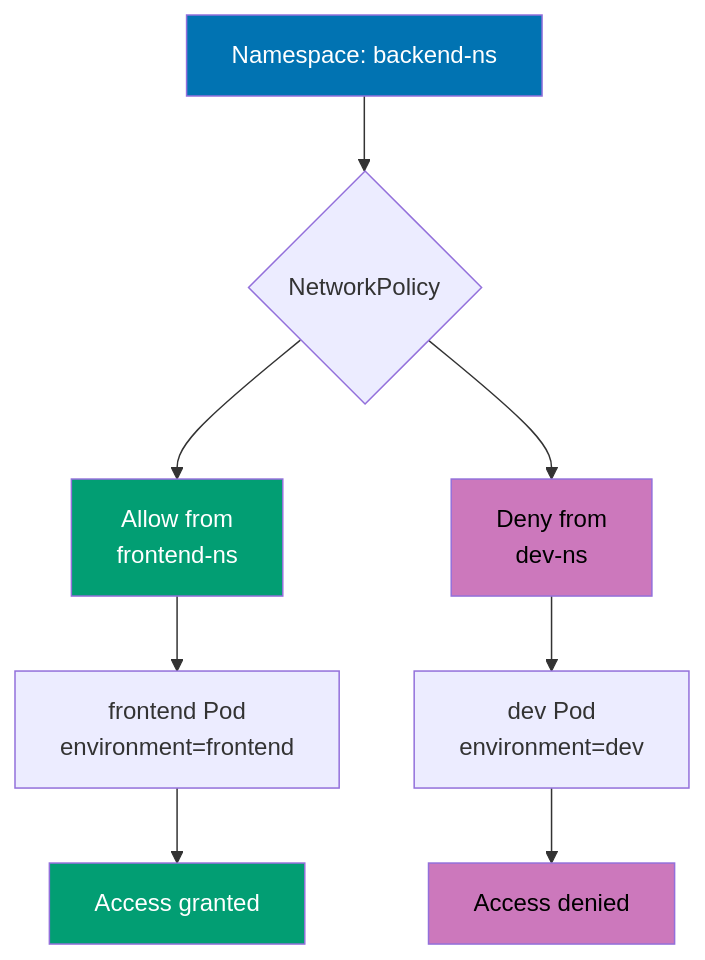
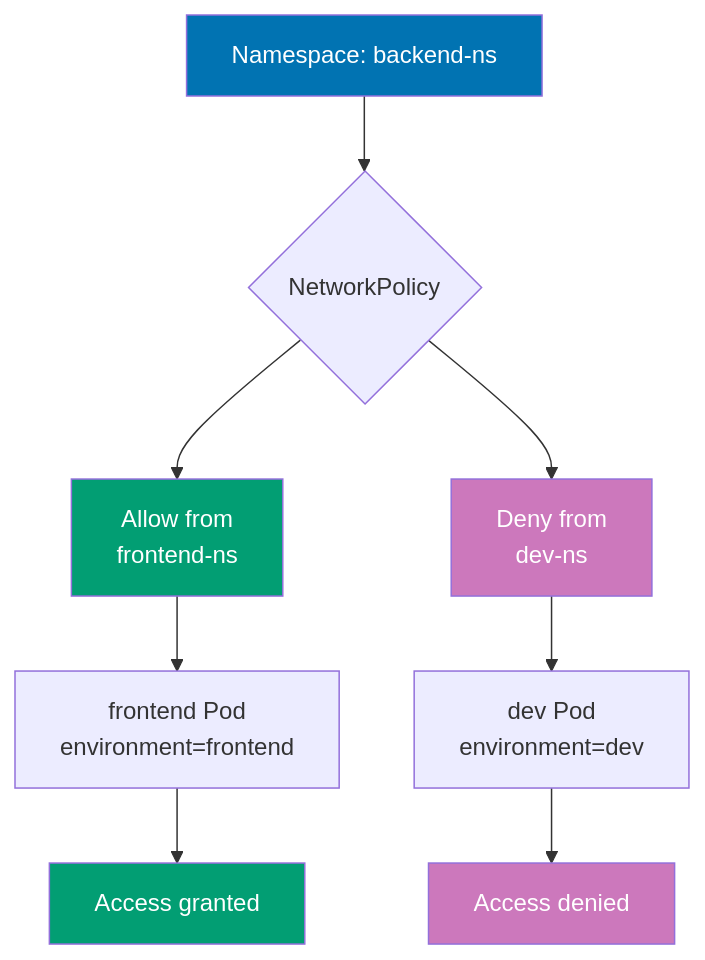
The fourth of 14 diagrams in apps/ayokoding-web/content/en/learn/software-engineering/infrastructure/tools/kubernetes/by-example/advanced.md (wahidyankf/open-sharia-enterprise), drawn with Mermaid before and after one commit. The commit also changed other lines of this file and 61 other files, not shown here.

First line of the commit message:
fix(ayokoding-web): quote Mermaid node labels with special characters in Example 63

````diff
--- a/apps/ayokoding-web/content/en/learn/software-engineering/infrastructure/tools/kubernetes/by-example/advanced.md
+++ b/apps/ayokoding-web/content/en/learn/software-engineering/infrastructure/tools/kubernetes/by-example/advanced.md
@@ -1280,17 +1280,17 @@
 ```mermaid
 %% Namespace isolation
 graph TD
     A[Namespace: backend-ns] --> B{NetworkPolicy}
     B --> C[Allow from<br/>frontend-ns]
     B --> D[Deny from<br/>dev-ns]
     C --> E[frontend Pod<br/>environment=frontend]
     D --> F[dev Pod<br/>environment=dev]
     E --> G[Access granted]
     F --> H[Access denied]
 
     style A fill:#0173B2,color:#fff
     style C fill:#029E73,color:#fff
-    style D fill:#CC78BC,color:#000
+    style D fill:#CC78BC,color:#fff
     style G fill:#029E73,color:#fff
-    style H fill:#CC78BC,color:#000
+    style H fill:#CC78BC,color:#fff
 ```
````
